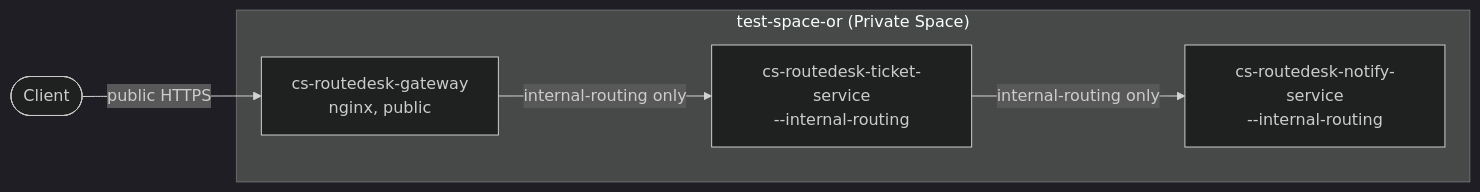
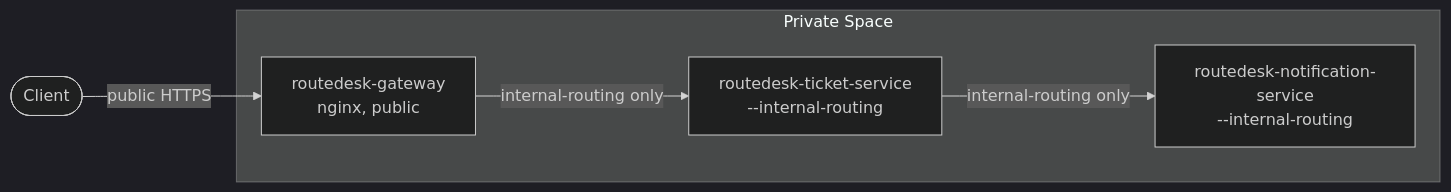
The first of 2 diagrams in README.md (chetankd10/Heroku-Docker-Microservices), drawn with Mermaid (dark theme) before and after one commit. The commit also changed other lines of this file, not shown here.

First line of the commit message:
Genericize README: drop specific space/team names and cs- app prefix

````diff
--- a/README.md
+++ b/README.md
@@ -45,8 +45,8 @@
 ```mermaid
 flowchart LR
-    Client([Client]) -->|public HTTPS| GW["cs-routedesk-gateway<br/>nginx, public"]
-    subgraph Space["test-space-or (Private Space)"]
-        GW -->|internal-routing only| TS["cs-routedesk-ticket-service<br/>--internal-routing"]
-        TS -->|internal-routing only| NS["cs-routedesk-notify-service<br/>--internal-routing"]
+    Client([Client]) -->|public HTTPS| GW["routedesk-gateway<br/>nginx, public"]
+    subgraph Space["Private Space"]
+        GW -->|internal-routing only| TS["routedesk-ticket-service<br/>--internal-routing"]
+        TS -->|internal-routing only| NS["routedesk-notification-service<br/>--internal-routing"]
     end
 ```
````
